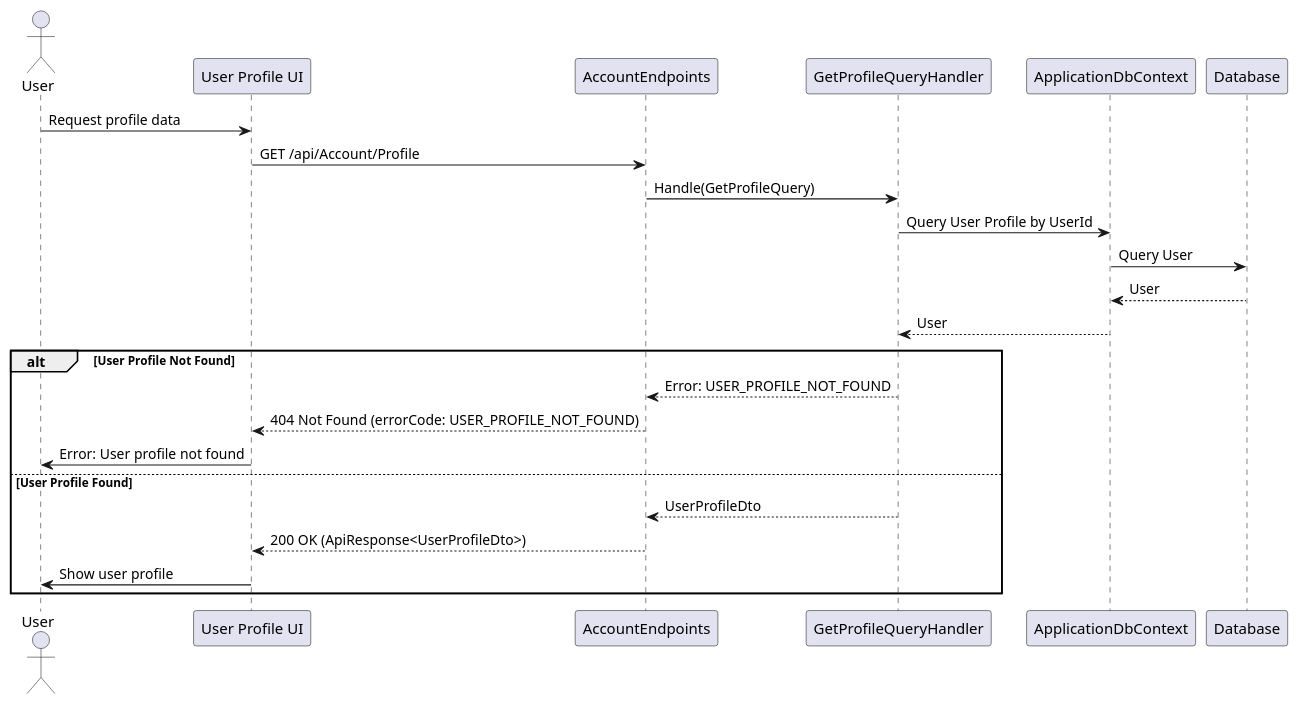
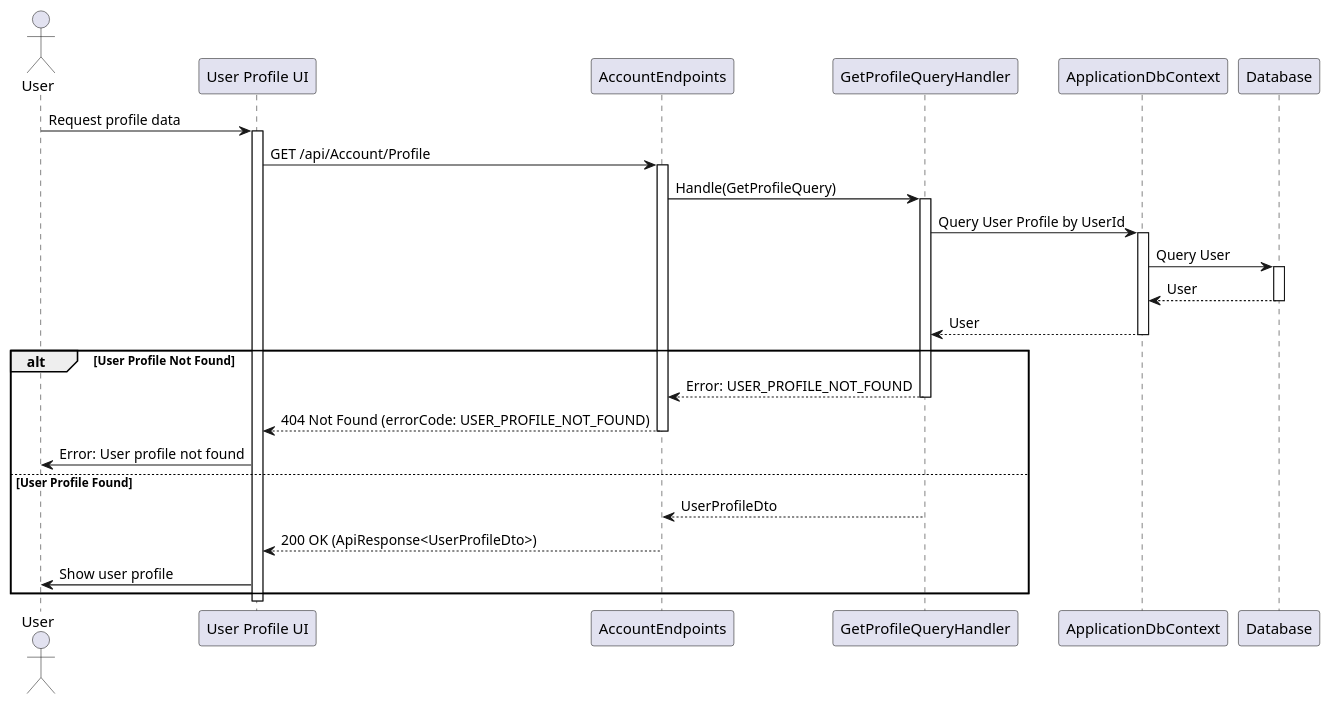
One commit to thanhkhac/SEP_Diagram changed the diagram in Accounts/Sequence/GetProfileQuery.puml. Above: the diagram before and after it, drawn with PlantUML. The commit also changed 8 other files, not shown here.

First line of the commit message:
Add AI generate class diagrams and update sequences

```diff
--- a/Accounts/Sequence/GetProfileQuery.puml
+++ b/Accounts/Sequence/GetProfileQuery.puml
@@ -1,25 +1,44 @@
 @startuml
 actor User
 participant "User Profile UI" as UI
 participant AccountEndpoints
 participant GetProfileQueryHandler as Handler
 participant ApplicationDbContext
 participant Database
 
 User -> UI : Request profile data
+activate UI
+
 UI -> AccountEndpoints : GET /api/Account/Profile
+activate AccountEndpoints
+
 AccountEndpoints -> Handler : Handle(GetProfileQuery)
+activate Handler
+
 Handler -> ApplicationDbContext : Query User Profile by UserId
+activate ApplicationDbContext
+
 ApplicationDbContext -> Database : Query User
+activate Database
 Database --> ApplicationDbContext : User
+deactivate Database
+
 ApplicationDbContext --> Handler : User
+deactivate ApplicationDbContext
+
 alt User Profile Not Found
     Handler --> AccountEndpoints : Error: USER_PROFILE_NOT_FOUND
+    deactivate Handler
     AccountEndpoints --> UI : 404 Not Found (errorCode: USER_PROFILE_NOT_FOUND)
+    deactivate AccountEndpoints
     UI -> User : Error: User profile not found
 else User Profile Found
     Handler --> AccountEndpoints : UserProfileDto
+    deactivate Handler
     AccountEndpoints --> UI : 200 OK (ApiResponse<UserProfileDto>)
+    deactivate AccountEndpoints
     UI -> User : Show user profile
 end
+deactivate UI
+
 @enduml
```
